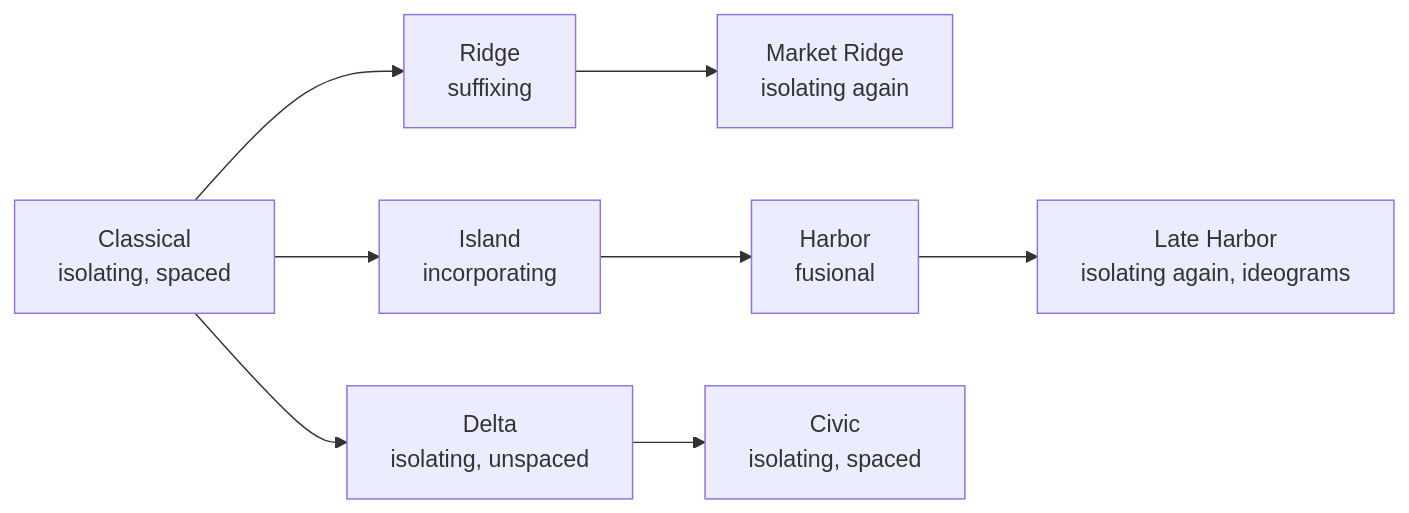
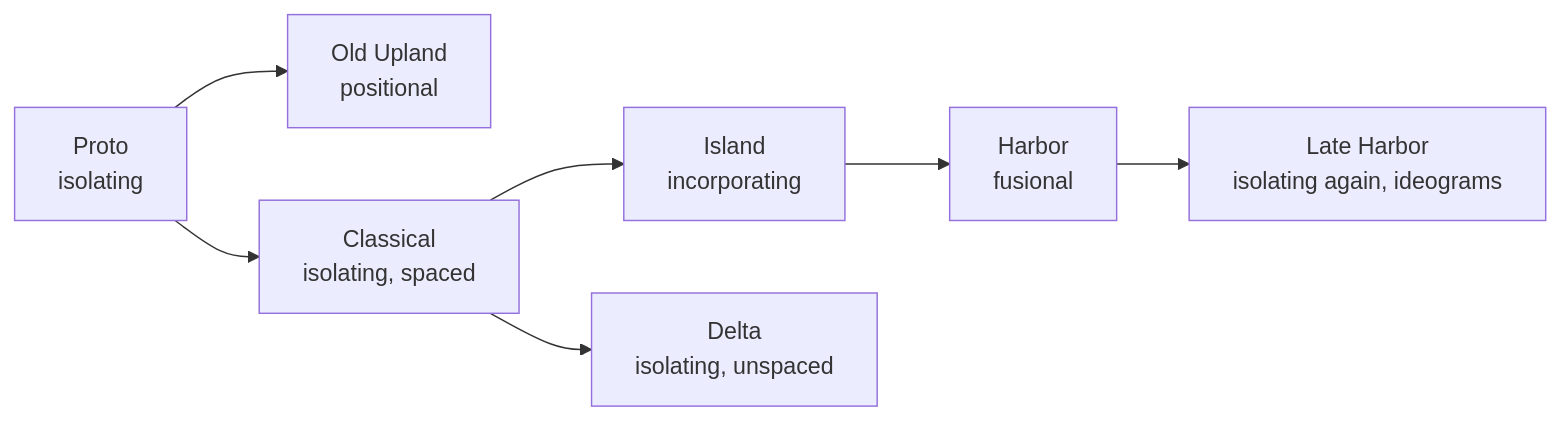
One commit to cavenditti/script-studio changed the diagram in drafts/language/typology.md. Above: the diagram before and after it, drawn with Mermaid. The commit also changed other lines of this file and 25 other files, not shown here.

````diff
--- a/drafts/language/typology.md
+++ b/drafts/language/typology.md
@@ -24,10 +23,9 @@
 ```mermaid
 flowchart LR
-  C[Classical<br/>isolating, spaced] --> R[Ridge<br/>suffixing]
-  R --> M[Market Ridge<br/>isolating again]
+  P[Proto<br/>isolating] --> OU[Old Upland<br/>positional]
+  P --> C[Classical<br/>isolating, spaced]
   C --> I[Island<br/>incorporating]
   I --> H[Harbor<br/>fusional]
   H --> LH[Late Harbor<br/>isolating again, ideograms]
   C --> D[Delta<br/>isolating, unspaced]
-  D --> K[Civic<br/>isolating, spaced]
 ```
````
